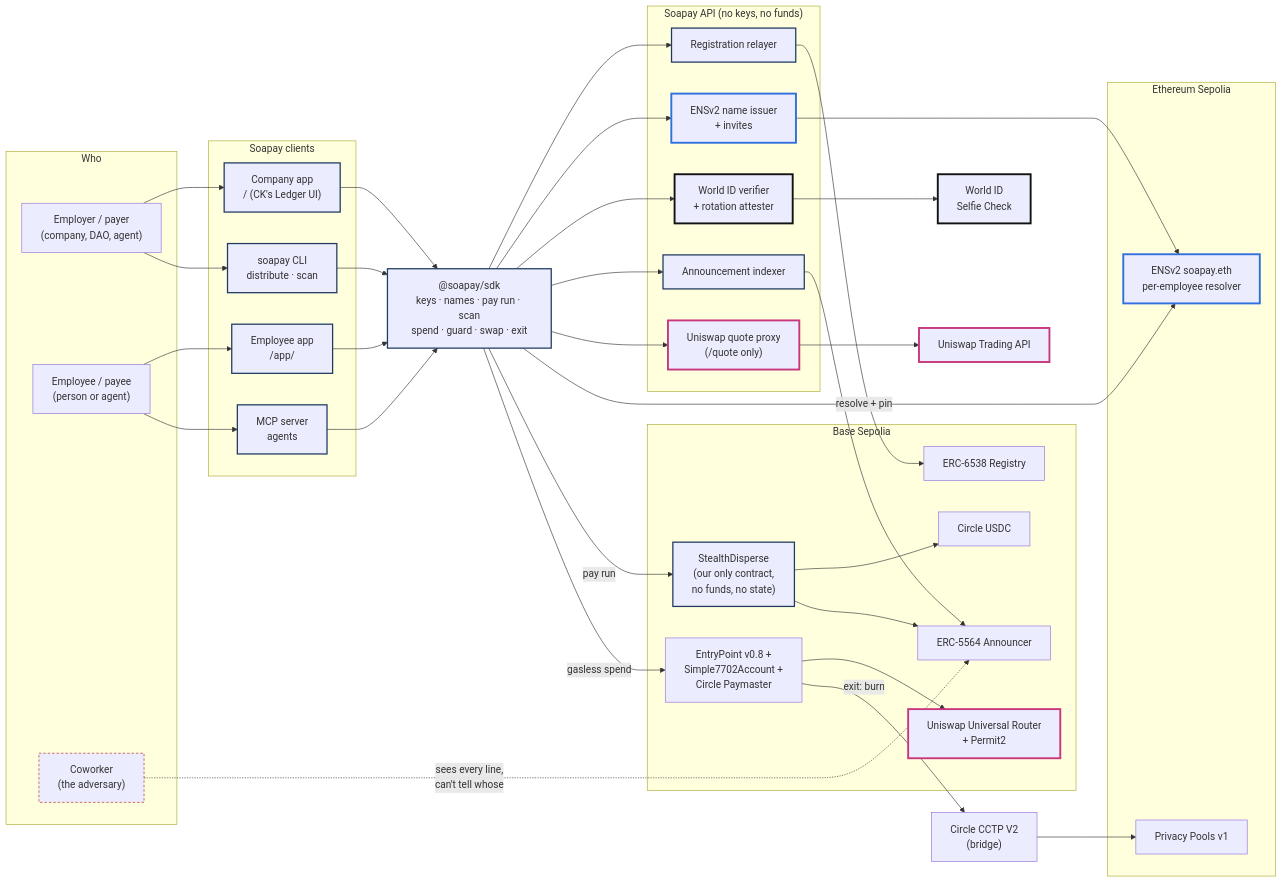
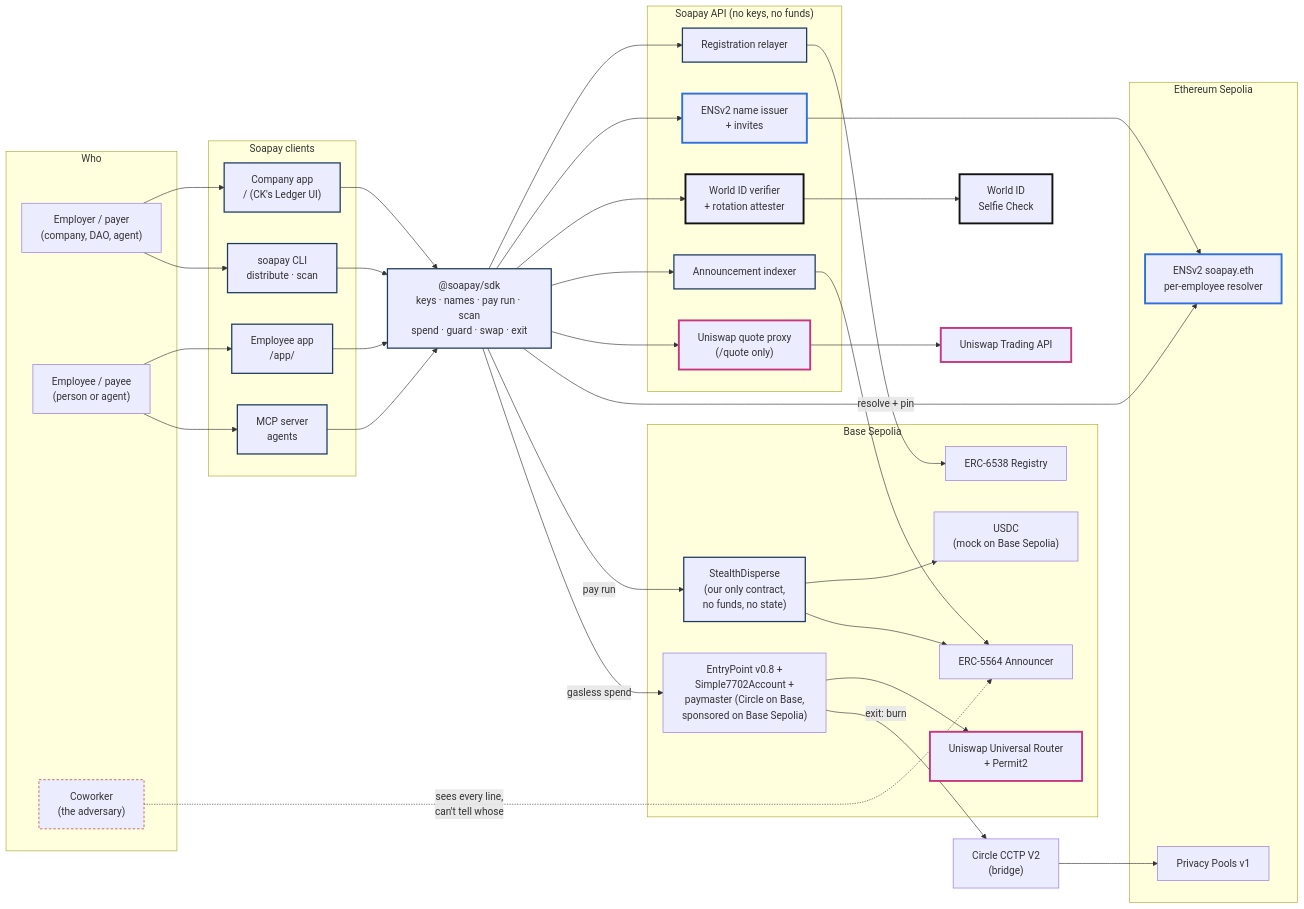
The first of 7 diagrams in docs/architecture.md (easonchai/soapay), drawn with Mermaid before and after one commit. The commit also changed other lines of this file and 9 other files, not shown here.

First line of the commit message:
Docs: D-52 (mock USDC, sponsored gas, welcome drop) and D-53 (no Convert, Exit hidden on testnet)

````diff
--- a/docs/architecture.md
+++ b/docs/architecture.md
@@ -11,78 +24,78 @@
 ```mermaid
 flowchart LR
   subgraph People["Who"]
     EMP["Employer / payer<br/>(company, DAO, agent)"]
     EE["Employee / payee<br/>(person or agent)"]
     CW["Coworker<br/>(the adversary)"]
   end
 
   subgraph Clients["Soapay clients"]
     SENDER["Company app<br/>/ (CK's Ledger UI)"]
     RECIP["Employee app<br/>/app/"]
     CLI["soapay CLI<br/>distribute · scan"]
     MCP["MCP server<br/>agents"]
   end
 
   SDK["@soapay/sdk<br/>keys · names · pay run · scan<br/>spend · guard · swap · exit"]
 
   subgraph API["Soapay API (no keys, no funds)"]
     RELAY["Registration relayer"]
     ISSUER["ENSv2 name issuer<br/>+ invites"]
     WIDV["World ID verifier<br/>+ rotation attester"]
     IDX["Announcement indexer"]
     QPROXY["Uniswap quote proxy<br/>(/quote only)"]
   end
 
   subgraph Base["Base Sepolia"]
     REG["ERC-6538 Registry"]
     ANN["ERC-5564 Announcer"]
     SD["StealthDisperse<br/>(our only contract,<br/>no funds, no state)"]
-    USDC["Circle USDC"]
-    AA["EntryPoint v0.8 +<br/>Simple7702Account +<br/>Circle Paymaster"]
+    USDC["USDC<br/>(mock on Base Sepolia)"]
+    AA["EntryPoint v0.8 +<br/>Simple7702Account +<br/>paymaster (Circle on Base,<br/>sponsored on Base Sepolia)"]
     UR["Uniswap Universal Router<br/>+ Permit2"]
   end
 
   subgraph L1["Ethereum Sepolia"]
     ENS["ENSv2 soapay.eth<br/>per-employee resolver"]
     PP["Privacy Pools v1"]
   end
 
   CCTP["Circle CCTP V2<br/>(bridge)"]
   WID["World ID<br/>Selfie Check"]
   UAPI["Uniswap Trading API"]
 
   EMP --> SENDER
   EMP --> CLI
   EE --> RECIP
   EE --> MCP
   SENDER --> SDK
   RECIP --> SDK
   CLI --> SDK
   MCP --> SDK
 
   SDK --> RELAY --> REG
   SDK --> ISSUER --> ENS
   SDK --> WIDV --> WID
   SDK --> IDX --> ANN
   SDK --> QPROXY --> UAPI
   SDK -- "resolve + pin" --> ENS
   SDK -- "pay run" --> SD
   SD --> USDC
   SD --> ANN
   SDK -- "gasless spend" --> AA
   AA --> UR
   AA -- "exit: burn" --> CCTP --> PP
 
   CW -. "sees every line,<br/>can't tell whose" .-> ANN
 
   classDef ens stroke:#2F6FDE,stroke-width:3px
   classDef wid stroke:#111111,stroke-width:3px
   classDef uni stroke:#C8367E,stroke-width:3px
   classDef own stroke:#1E3A5F,stroke-width:2px
   classDef adv stroke:#B3261E,stroke-dasharray: 4 3
   class ENS,ISSUER ens
   class WID,WIDV wid
   class UR,UAPI,QPROXY uni
   class SDK,SENDER,RECIP,CLI,MCP,SD,RELAY,IDX own
   class CW adv
 ```
````
